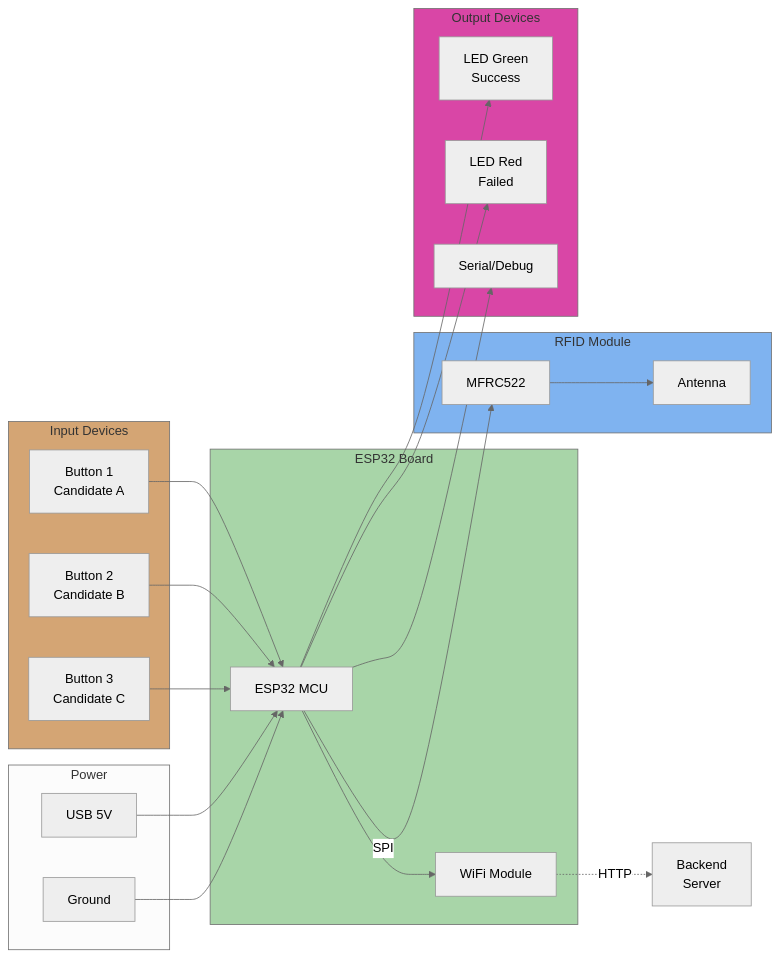
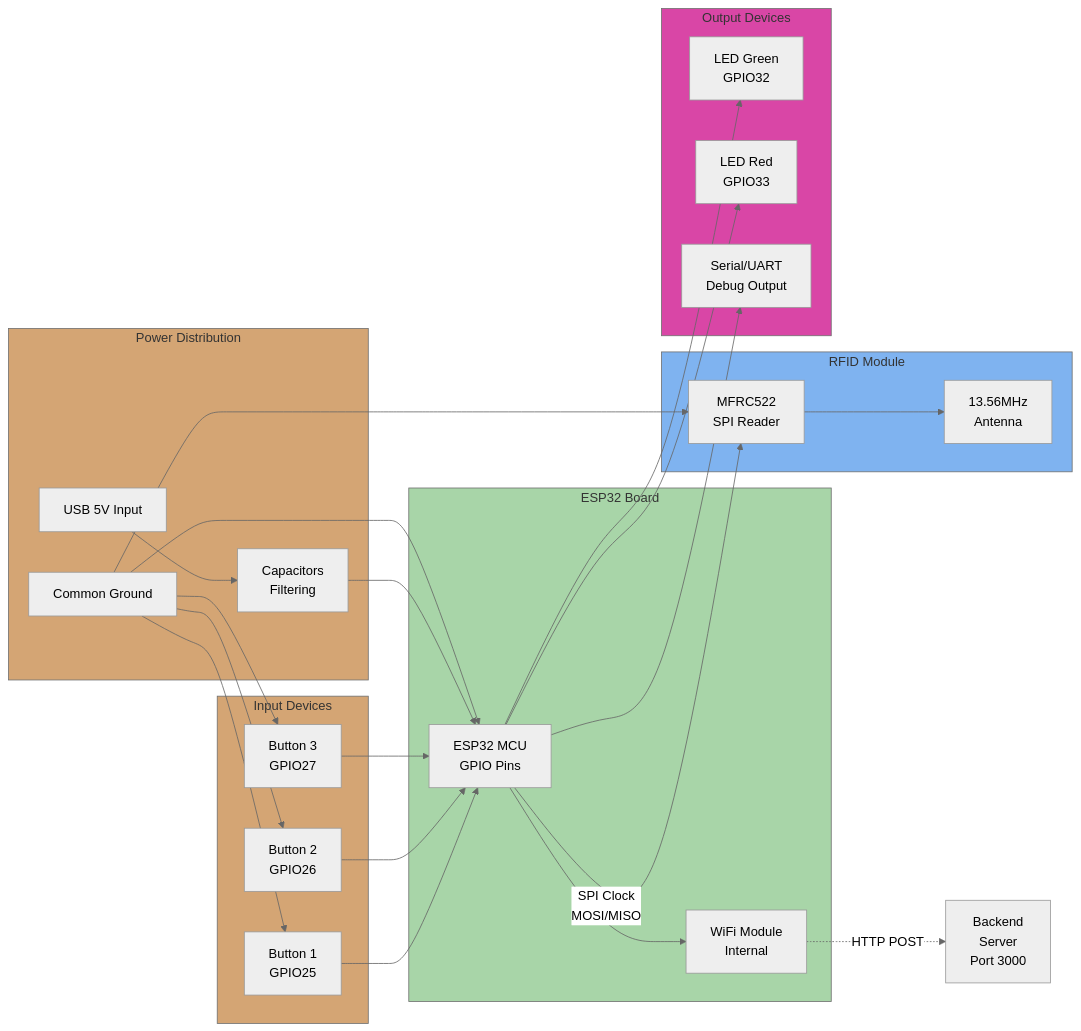
Before and after one commit to kushagrakartikeye/Arbitrum-Hackathon: the third of 3 diagrams in README.md, drawn with Mermaid (neutral theme). The commit also changed other lines of this file, not shown here.

````diff
--- a/README.md
+++ b/README.md
@@ -225,47 +363,54 @@
 ```mermaid
 graph LR
     subgraph ESP["ESP32 Board"]
-        CPU["ESP32 MCU"]
-        WIFI["WiFi Module"]
+        CPU["ESP32 MCU<br/>GPIO Pins"]
+        WIFI["WiFi Module<br/>Internal"]
     end
     
     subgraph RFID["RFID Module"]
-        MFRC["MFRC522"]
-        ANT["Antenna"]
+        MFRC["MFRC522<br/>SPI Reader"]
+        ANT["13.56MHz<br/>Antenna"]
     end
     
     subgraph INPUT["Input Devices"]
-        BTN1["Button 1<br/>Candidate A"]
-        BTN2["Button 2<br/>Candidate B"]
-        BTN3["Button 3<br/>Candidate C"]
+        BTN1["Button 1<br/>GPIO25"]
+        BTN2["Button 2<br/>GPIO26"]
+        BTN3["Button 3<br/>GPIO27"]
     end
     
     subgraph OUTPUT["Output Devices"]
-        LED1["LED Green<br/>Success"]
-        LED2["LED Red<br/>Failed"]
-        SERIAL["Serial/Debug"]
+        LED1["LED Green<br/>GPIO32"]
+        LED2["LED Red<br/>GPIO33"]
+        SERIAL["Serial/UART<br/>Debug Output"]
     end
     
-    subgraph POWER["Power"]
-        USB["USB 5V"]
-        GND["Ground"]
+    subgraph POWER["Power Distribution"]
+        USB["USB 5V Input"]
+        GND["Common Ground"]
+        CAP["Capacitors<br/>Filtering"]
     end
     
-    CPU -->|SPI| MFRC
+    CPU -->|SPI Clock<br/>MOSI/MISO| MFRC
     MFRC --> ANT
     BTN1 --> CPU
     BTN2 --> CPU
     BTN3 --> CPU
     CPU --> LED1
     CPU --> LED2
     CPU --> SERIAL
     CPU --> WIFI
-    WIFI -.->|HTTP| NET["Backend<br/>Server"]
-    USB --> CPU
+    WIFI -.->|HTTP POST| NET["Backend<br/>Server<br/>Port 3000"]
+    USB --> CAP
+    CAP --> CPU
     GND --> CPU
+    GND --> MFRC
+    GND --> BTN1
+    GND --> BTN2
+    GND --> BTN3
     
     style ESP fill:#a8d5a8
     style RFID fill:#7fb3f0
     style INPUT fill:#d4a574
     style OUTPUT fill:#d946a6
+    style POWER fill:#d4a574
 ```
````
